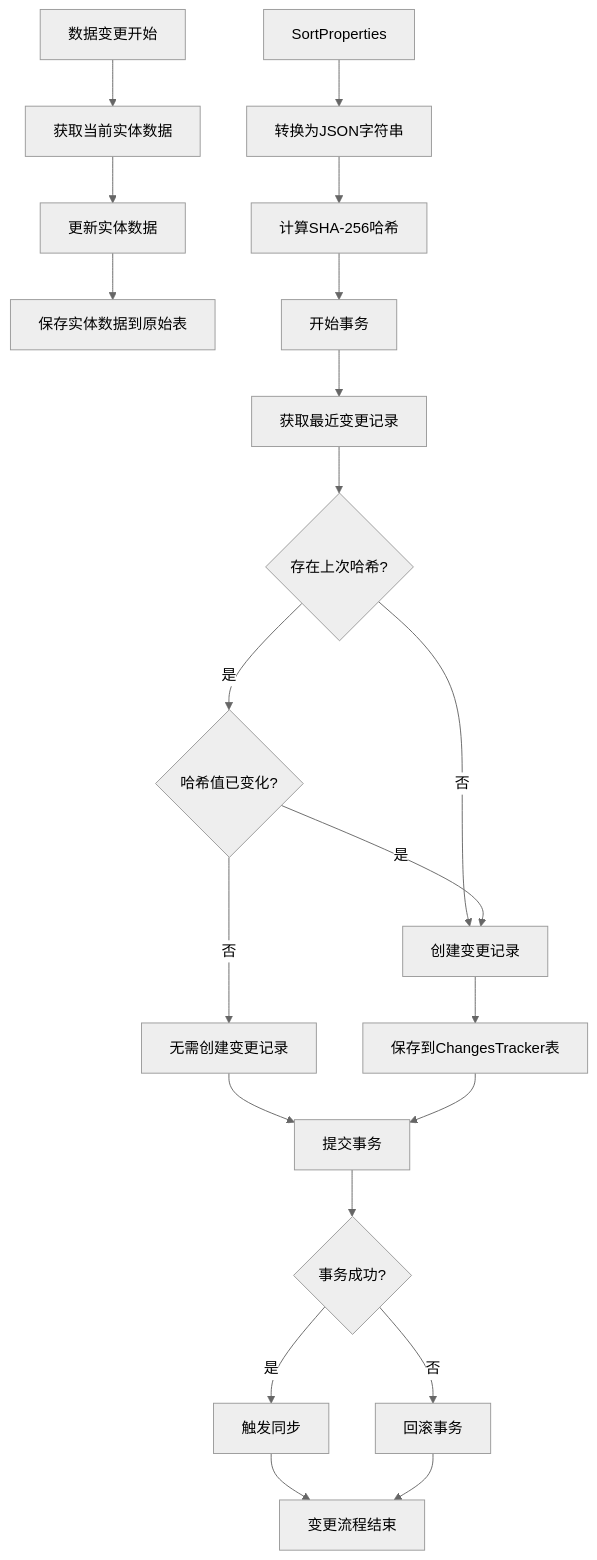
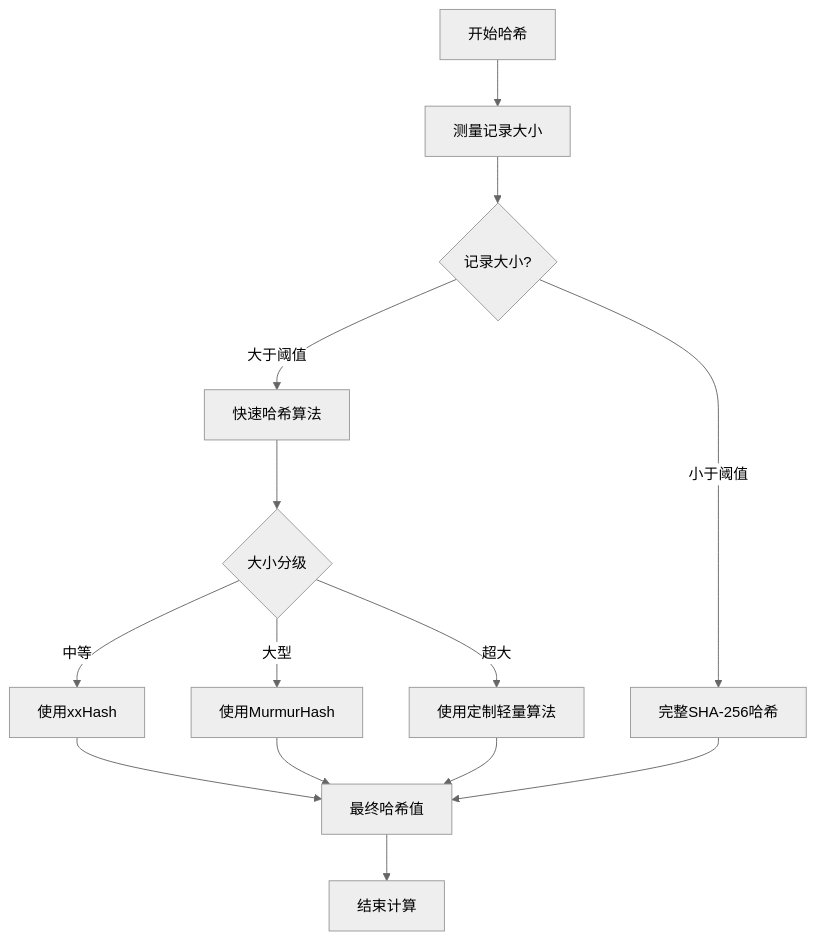
The diagram in all/未命名-40.md (yingjianzh/iodraw-files), drawn with Mermaid (neutral theme) before and after one commit.

Commit message:
2025-04-23 18:29:20 update

````diff
--- a/all/未命名-40.md
+++ b/all/未命名-40.md
@@ -1,30 +1,19 @@
 ```mermaid
 flowchart TD
-    Start[数据变更开始] --> GetEntity[获取当前实体数据]
-    GetEntity --> UpdateData[更新实体数据]
-    UpdateData --> SaveEntity[保存实体数据到原始表]
+    Start[开始哈希] --> MeasureSize[测量记录大小]
+    MeasureSize --> SizeCheck{记录大小?}
+    SizeCheck -- 小于阈值 --> FullHash[完整SHA-256哈希]
+    SizeCheck -- 大于阈值 --> FastHash[快速哈希算法]
     
-    SortProperties --> ConvertToJson[转换为JSON字符串]
-    ConvertToJson --> ComputeSHA256[计算SHA-256哈希]
+    FastHash --> SizeThresholds{大小分级}
+    SizeThresholds -- 中等 --> xxHash[使用xxHash]
+    SizeThresholds -- 大型 --> MurmurHash[使用MurmurHash]
+    SizeThresholds -- 超大 --> CustomHash[使用定制轻量算法]
     
-    ComputeSHA256 --> BeginTx[开始事务]
-    BeginTx --> GetLastChange[获取最近变更记录]
+    xxHash --> FinalHash[最终哈希值]
+    MurmurHash --> FinalHash
+    CustomHash --> FinalHash
+    FullHash --> FinalHash
     
-    GetLastChange --> HashExists{存在上次哈希?}
-    HashExists -- 是 --> CompareHash{哈希值已变化?}
-    HashExists -- 否 --> CreateChange[创建变更记录]
-    
-    CompareHash -- 是 --> CreateChange
-    CompareHash -- 否 --> NoChangeNeeded[无需创建变更记录]
-    
-    CreateChange --> SaveChange[保存到ChangesTracker表]
-    NoChangeNeeded --> CommitTx[提交事务]
-    
-    SaveChange --> CommitTx
-    CommitTx --> Success{事务成功?}
-    Success -- 是 --> TriggerSync[触发同步]
-    Success -- 否 --> RollbackTx[回滚事务]
-    
-    TriggerSync --> End[变更流程结束]
-    RollbackTx --> End
+    FinalHash --> End[结束计算]
 ```
````
